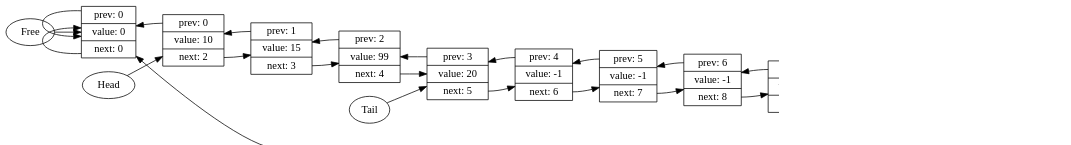
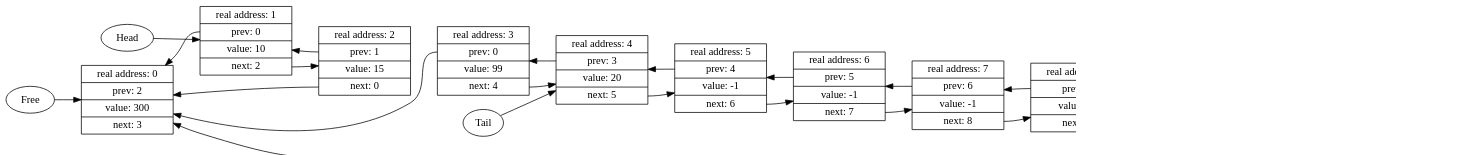
One commit to dodokek/Linked-List changed the diagram in list/data/list.dot. Above: the diagram before and after it, drawn with Graphviz. The commit also changed 4 other files, not shown here.

Commit message:
fucked graphvis really hard

```diff
--- a/list/data/list.dot
+++ b/list/data/list.dot
@@ -1,68 +1,58 @@
 
     digraph g {
         dpi      = 100
         compound  =  true;
         newrank   =  true;
         rankdir   =  LR;
-    0->1->2->3->4->5->6->7->8->9->10->11[style=invis, weight=1, minlen="1.5"]
-Free->0Head->1Tail->4	subgraph node0 { 
-       label = 0;  
-       fontsize= 20; 
-		0 [shape=record, label="<p>prev: 0 | value: 0 | <n>next: 0"] 
-} 
-		 0:p->0		 0:n->0	subgraph node1 { 
-       label = 1;  
-       fontsize= 20; 
-		1 [shape=record, label="<p>prev: 0 | value: 10 | <n>next: 2"] 
-} 
-		 1:p->0		 1:n->2	subgraph node2 { 
-       label = 2;  
-       fontsize= 20; 
-		2 [shape=record, label="<p>prev: 1 | value: 15 | <n>next: 3"] 
-} 
-		 2:p->1		 2:n->3	subgraph node3 { 
-       label = 3;  
-       fontsize= 20; 
-		3 [shape=record, label="<p>prev: 2 | value: 99 | <n>next: 4"] 
-} 
-		 3:p->2		 3:n->4	subgraph node4 { 
-       label = 4;  
-       fontsize= 20; 
-		4 [shape=record, label="<p>prev: 3 | value: 20 | <n>next: 5"] 
-} 
-		 4:p->3		 4:n->5	subgraph node5 { 
-       label = 5;  
-       fontsize= 20; 
-		5 [shape=record, label="<p>prev: 4 | value: -1 | <n>next: 6"] 
-} 
-		 5:p->4		 5:n->6	subgraph node6 { 
-       label = 6;  
-       fontsize= 20; 
-		6 [shape=record, label="<p>prev: 5 | value: -1 | <n>next: 7"] 
-} 
-		 6:p->5		 6:n->7	subgraph node7 { 
-       label = 7;  
-       fontsize= 20; 
-		7 [shape=record, label="<p>prev: 6 | value: -1 | <n>next: 8"] 
-} 
-		 7:p->6		 7:n->8	subgraph node8 { 
-       label = 8;  
-       fontsize= 20; 
-		8 [shape=record, label="<p>prev: 7 | value: -1 | <n>next: 9"] 
-} 
-		 8:p->7		 8:n->9	subgraph node9 { 
-       label = 9;  
-       fontsize= 20; 
-		9 [shape=record, label="<p>prev: 8 | value: -1 | <n>next: 10"] 
-} 
-		 9:p->8		 9:n->10	subgraph node10 { 
-       label = 10;  
-       fontsize= 20; 
-		10 [shape=record, label="<p>prev: 9 | value: -1 | <n>next: 11"] 
-} 
-		 10:p->9		 10:n->11	subgraph node11 { 
-       label = 11;  
-       fontsize= 20; 
-		11 [shape=record, label="<p>prev: 10 | value: -1 | <n>next: 0"] 
-} 
-		 11:p->10		 11:n->0}
+
+    node0[shape=record, label=" real address: 0 | <p>prev: 2 | value: 300 | <n>next: 3"] 
+ 
+node1[shape=record, label=" real address: 1 | <p>prev: 0 | value: 10 | <n>next: 2"] 
+ 
+node2[shape=record, label=" real address: 2 | <p>prev: 1 | value: 15 | <n>next: 0"] 
+ 
+node3[shape=record, label=" real address: 3 | <p>prev: 0 | value: 99 | <n>next: 4"] 
+ 
+node4[shape=record, label=" real address: 4 | <p>prev: 3 | value: 20 | <n>next: 5"] 
+ 
+node5[shape=record, label=" real address: 5 | <p>prev: 4 | value: -1 | <n>next: 6"] 
+ 
+node6[shape=record, label=" real address: 6 | <p>prev: 5 | value: -1 | <n>next: 7"] 
+ 
+node7[shape=record, label=" real address: 7 | <p>prev: 6 | value: -1 | <n>next: 8"] 
+ 
+node8[shape=record, label=" real address: 8 | <p>prev: 7 | value: -1 | <n>next: 9"] 
+ 
+node9[shape=record, label=" real address: 9 | <p>prev: 8 | value: -1 | <n>next: 10"] 
+ 
+node10[shape=record, label=" real address: 10 | <p>prev: 9 | value: -1 | <n>next: 11"] 
+ 
+node11[shape=record, label=" real address: 11 | <p>prev: 10 | value: -1 | <n>next: 0"] 
+ 
+node0->node1->node2->node3->node4->node5->node6->node7->node8->node9->node10->node11[style=invis, weight=1, minlen="1.5"]
+Free->node0
+Head->node1
+Tail->node4
+node1:p -> node0 
+node1:n -> node2 
+node2:p -> node1 
+node2:n -> node0 
+node3:p -> node0 
+node3:n -> node4 
+node4:p -> node3 
+node4:n -> node5 
+node5:p -> node4 
+node5:n -> node6 
+node6:p -> node5 
+node6:n -> node7 
+node7:p -> node6 
+node7:n -> node8 
+node8:p -> node7 
+node8:n -> node9 
+node9:p -> node8 
+node9:n -> node10 
+node10:p -> node9 
+node10:n -> node11 
+node11:p -> node10 
+node11:n -> node0 
+}
```
